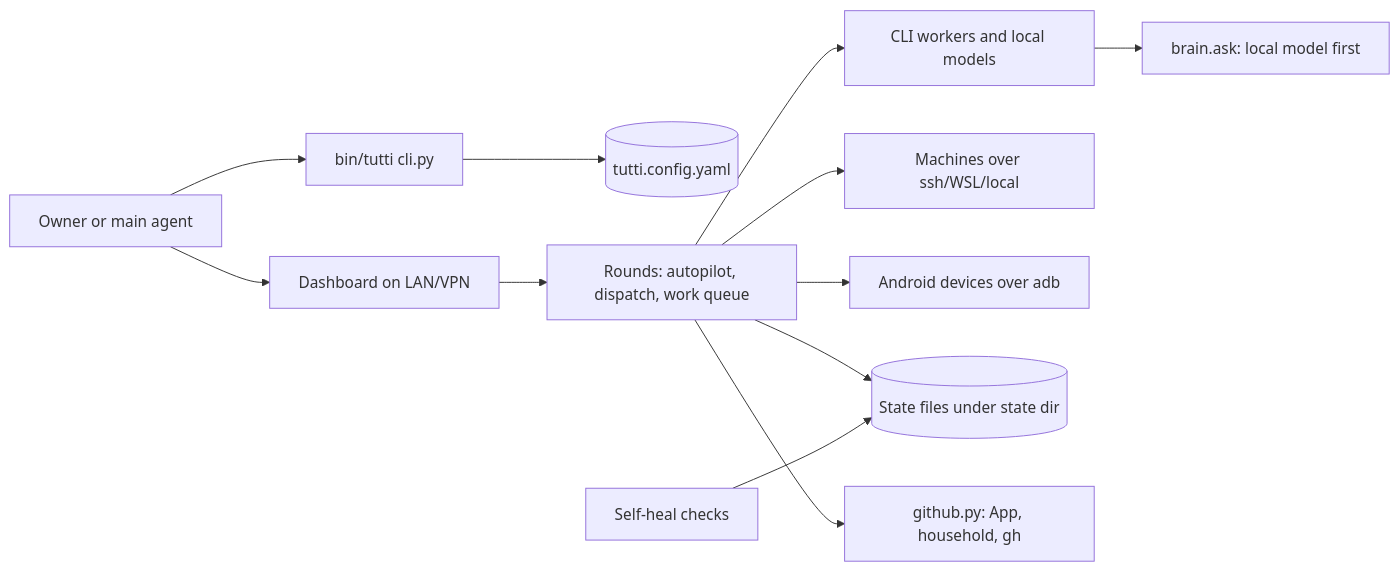
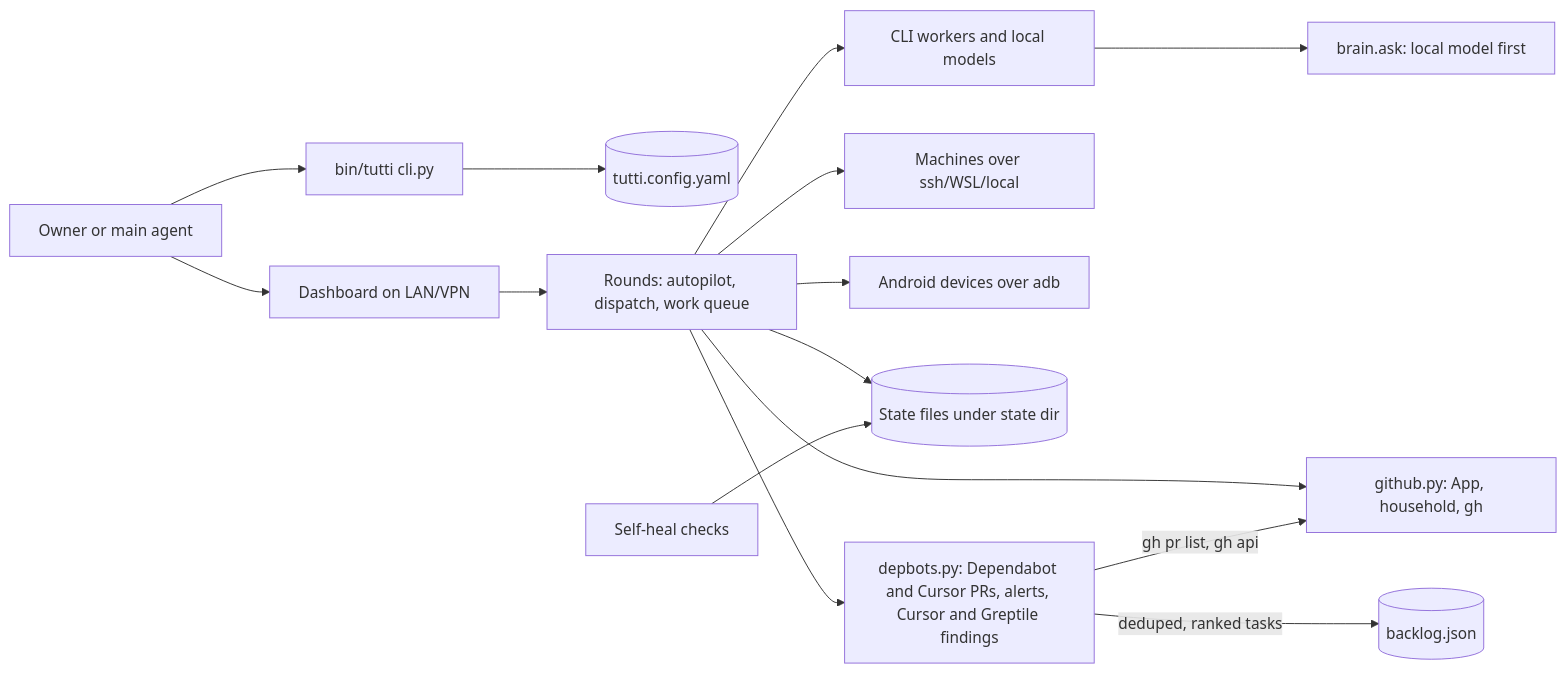
Before and after one commit to ventura8/Tutti: the first of 5 diagrams in docs/ARCHITECTURE.md, drawn with Mermaid. The commit also changed other lines of this file and 11 other files, not shown here.

Commit message:
feat(depbots): dependency bots' pull requests and vulnerability reports as autopilot tasks (0.18.0)

````diff
--- a/docs/ARCHITECTURE.md
+++ b/docs/ARCHITECTURE.md
@@ -62,14 +62,17 @@
 ```mermaid
 flowchart LR
     owner[Owner or main agent] --> cli[bin/tutti cli.py]
     owner --> dash[Dashboard on LAN/VPN]
     cli --> cfg[(tutti.config.yaml)]
     dash --> rounds[Rounds: autopilot, dispatch, work queue]
     rounds --> workers[CLI workers and local models]
     rounds --> machines[Machines over ssh/WSL/local]
     rounds --> devices[Android devices over adb]
     workers --> brain[brain.ask: local model first]
     rounds --> state[(State files under state dir)]
     rounds --> gh[github.py: App, household, gh]
     selfheal[Self-heal checks] --> state
+    rounds --> depbots[depbots.py: Dependabot and Cursor PRs, alerts, Cursor and Greptile findings]
+    depbots -->|gh pr list, gh api| gh
+    depbots -->|deduped, ranked tasks| backlogq[(backlog.json)]
 ```
````
